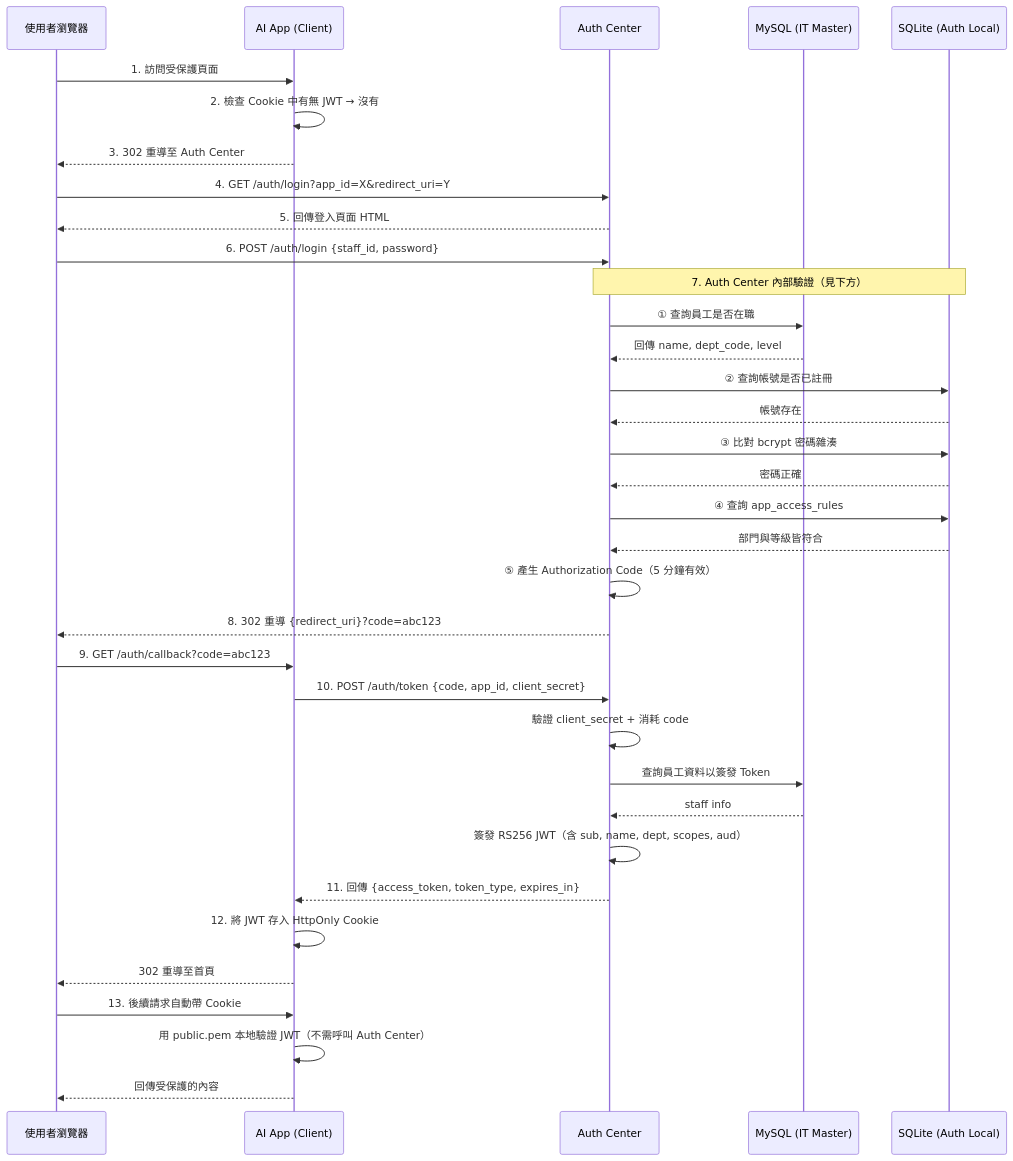
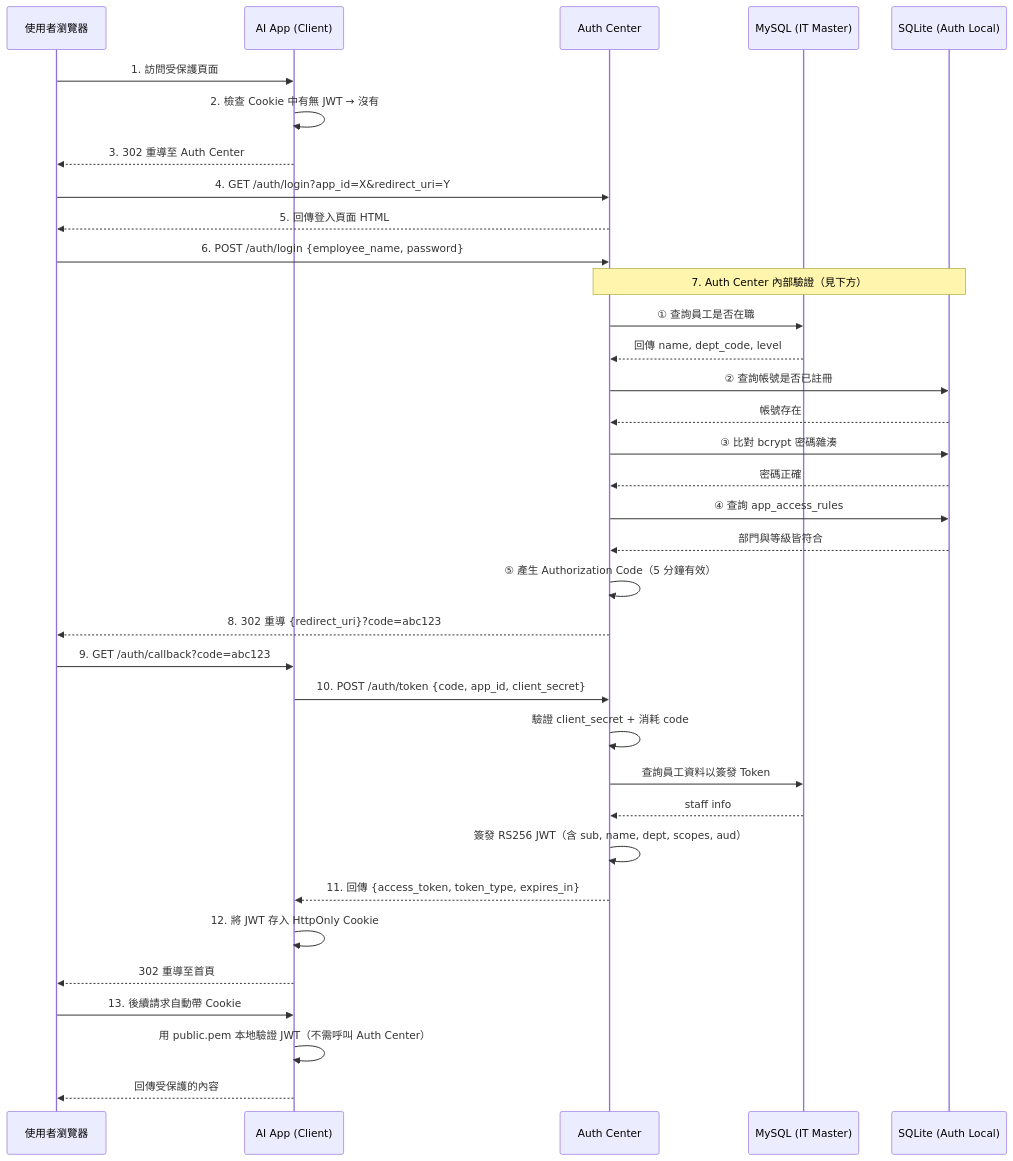
One commit to bwinken/authcenter changed the first of 8 diagrams in README.md. Above: the diagram before and after it, drawn with Mermaid. The commit also changed other lines of this file and 14 other files, not shown here.

First line of the commit message:
refactor: rename staff_id to employee_name with lowercase normalization

````diff
--- a/README.md
+++ b/README.md
@@ -90,45 +90,45 @@
 ```mermaid
 sequenceDiagram
     participant U as 使用者瀏覽器
     participant A as AI App (Client)
     participant C as Auth Center
     participant M as MySQL (IT Master)
     participant S as SQLite (Auth Local)
 
     U->>A: 1. 訪問受保護頁面
     A->>A: 2. 檢查 Cookie 中有無 JWT → 沒有
     A-->>U: 3. 302 重導至 Auth Center
 
     U->>C: 4. GET /auth/login?app_id=X&redirect_uri=Y
     C-->>U: 5. 回傳登入頁面 HTML
 
-    U->>C: 6. POST /auth/login {staff_id, password}
+    U->>C: 6. POST /auth/login {employee_name, password}
 
     Note over C,S: 7. Auth Center 內部驗證（見下方）
     C->>M: ① 查詢員工是否在職
     M-->>C: 回傳 name, dept_code, level
     C->>S: ② 查詢帳號是否已註冊
     S-->>C: 帳號存在
     C->>S: ③ 比對 bcrypt 密碼雜湊
     S-->>C: 密碼正確
     C->>S: ④ 查詢 app_access_rules
     S-->>C: 部門與等級皆符合
     C->>C: ⑤ 產生 Authorization Code（5 分鐘有效）
 
     C-->>U: 8. 302 重導 {redirect_uri}?code=abc123
     U->>A: 9. GET /auth/callback?code=abc123
 
     A->>C: 10. POST /auth/token {code, app_id, client_secret}
     C->>C: 驗證 client_secret + 消耗 code
     C->>M: 查詢員工資料以簽發 Token
     M-->>C: staff info
     C->>C: 簽發 RS256 JWT（含 sub, name, dept, scopes, aud）
     C-->>A: 11. 回傳 {access_token, token_type, expires_in}
 
     A->>A: 12. 將 JWT 存入 HttpOnly Cookie
     A-->>U: 302 重導至首頁
 
     U->>A: 13. 後續請求自動帶 Cookie
     A->>A: 用 public.pem 本地驗證 JWT（不需呼叫 Auth Center）
     A-->>U: 回傳受保護的內容
 ```
````
